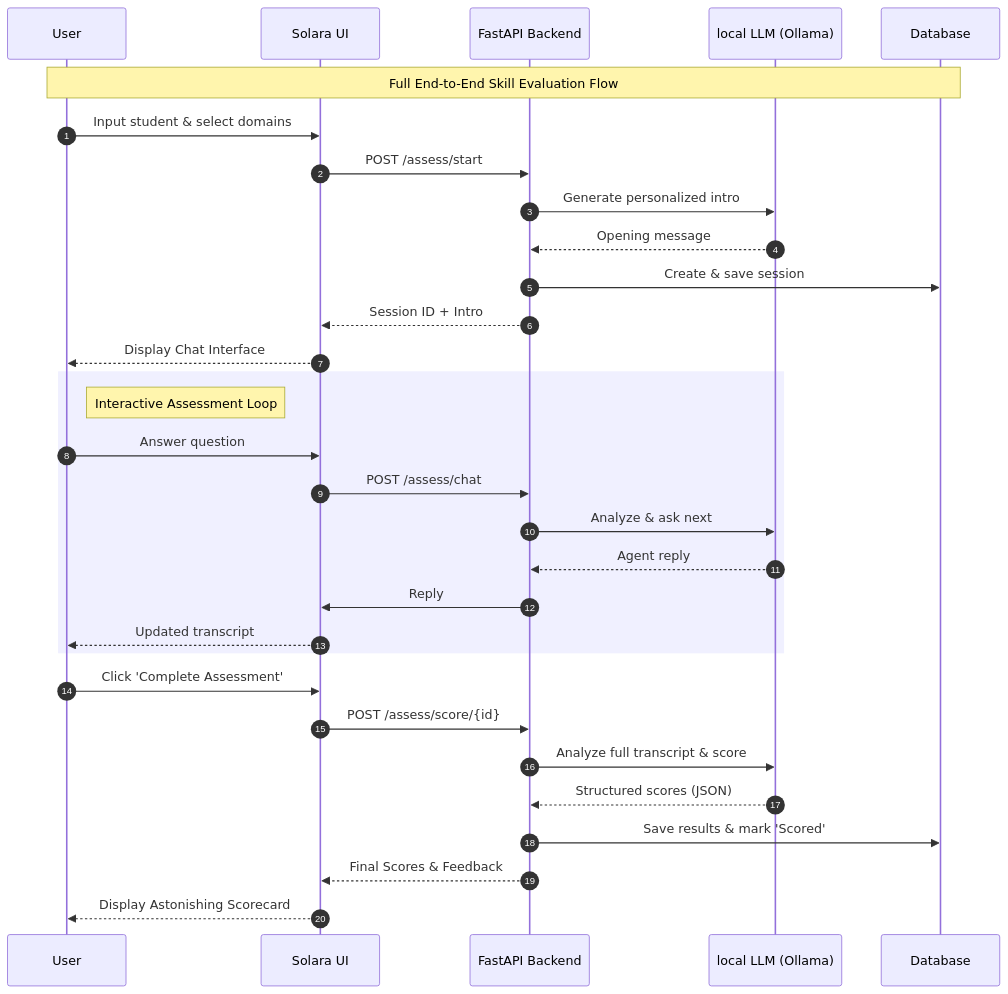
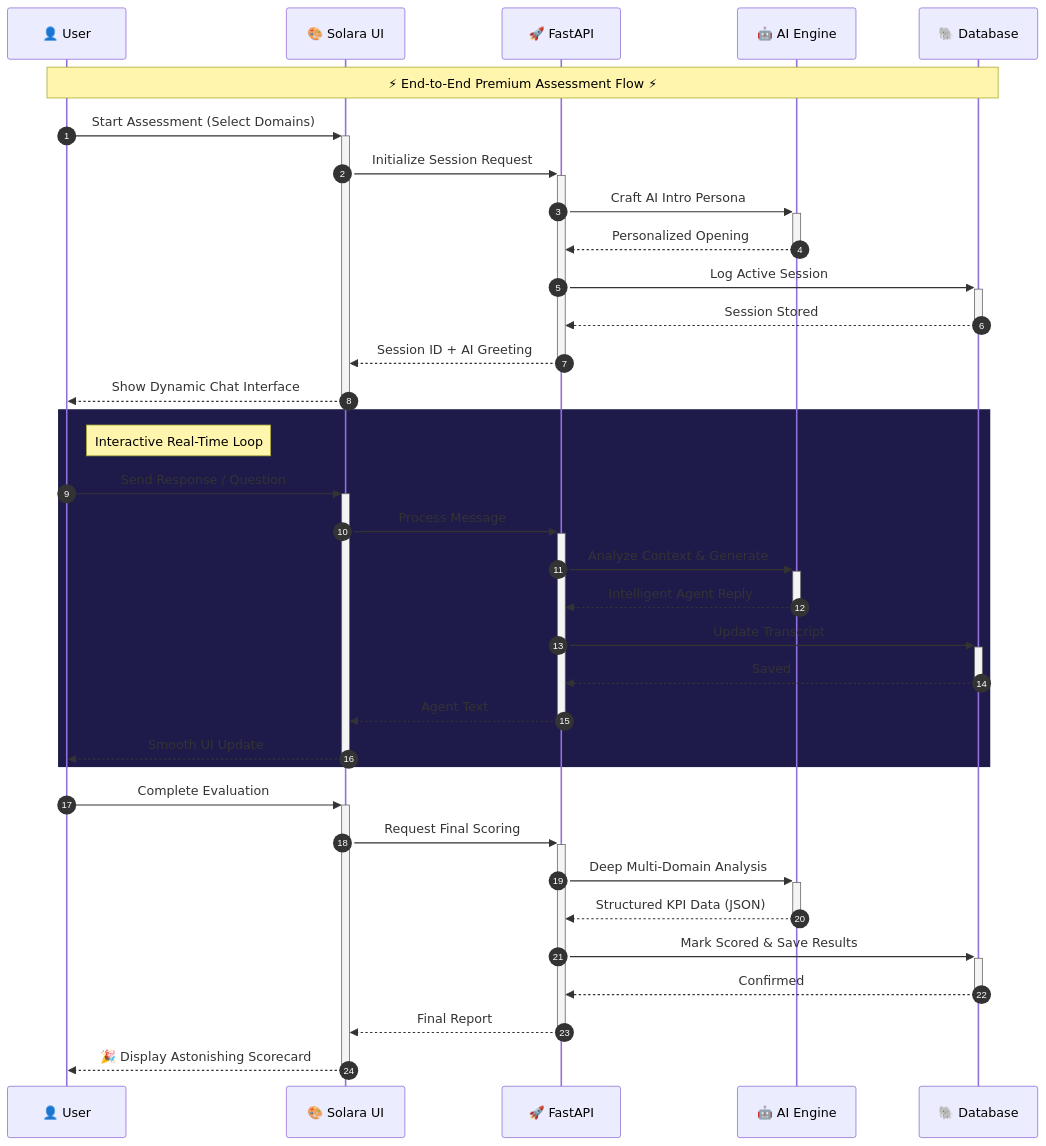
The second of 2 diagrams in README.md (keshavmishra27/BlueprintAI), drawn with Mermaid before and after one commit. The commit also changed other lines of this file, not shown here.

Commit message:
Redesign README flowcharts with Neon High-Contrast aesthetic for better visibility

````diff
--- a/README.md
+++ b/README.md
@@ -75,39 +69,43 @@
 ```mermaid
 sequenceDiagram
     autonumber
     
-    %% Participants
-    participant U as User
-    participant S as Solara UI
-    participant F as FastAPI Backend
-    participant L as local LLM (Ollama)
-    participant D as Database
+    %% Premium Participants
+    participant U as 👤 User
+    participant S as 🎨 Solara UI
+    participant F as 🚀 FastAPI
+    participant A as 🤖 AI Engine
+    participant D as 🐘 Database
 
-    Note over U,D: Full End-to-End Skill Evaluation Flow
+    Note over U,D: ⚡ End-to-End Premium Assessment Flow ⚡
 
-    U->>S: Input student & select domains
-    S->>F: POST /assess/start
-    F->>L: Generate personalized intro
-    L-->>F: Opening message
-    F->>D: Create & save session
-    F-->>S: Session ID + Intro
-    S-->>U: Display Chat Interface
+    U->>+S: Start Assessment (Select Domains)
+    S->>+F: Initialize Session Request
+    F->>+A: Craft AI Intro Persona
+    A-->>-F: Personalized Opening
+    F->>+D: Log Active Session
+    D-->>-F: Session Stored
+    F-->>-S: Session ID + AI Greeting
+    S-->>-U: Show Dynamic Chat Interface
 
-    rect rgb(240, 240, 255)
-        Note right of U: Interactive Assessment Loop
-        U->>S: Answer question
-        S->>F: POST /assess/chat
-        F->>L: Analyze & ask next
-        L-->>F: Agent reply
-        F->>S: Reply
-        S-->>U: Updated transcript
+    rect rgb(30, 27, 75)
+        Note right of U: Interactive Real-Time Loop
+        U->>+S: Send Response / Question
+        S->>+F: Process Message
+        F->>+A: Analyze Context & Generate
+        A-->>-F: Intelligent Agent Reply
+        F->>+D: Update Transcript
+        D-->>-F: Saved
+        F-->>-S: Agent Text
+        S-->>-U: Smooth UI Update
     end
 
-    U->>S: Click 'Complete Assessment'
-    S->>F: POST /assess/score/{id}
-    F->>L: Analyze full transcript & score
-    L-->>F: Structured scores (JSON)
-    F->>D: Save results & mark 'Scored'
-    F-->>S: Final Scores & Feedback
-    S-->>U: Display Astonishing Scorecard
+    U->>+S: Complete Evaluation
+    S->>+F: Request Final Scoring
+    F->>+A: Deep Multi-Domain Analysis
+    A-->>-F: Structured KPI Data (JSON)
+    F->>+D: Mark Scored & Save Results
+    D-->>-F: Confirmed
+    F-->>-S: Final Report
+    S-->>-U: 🎉 Display Astonishing Scorecard
 ```
````
